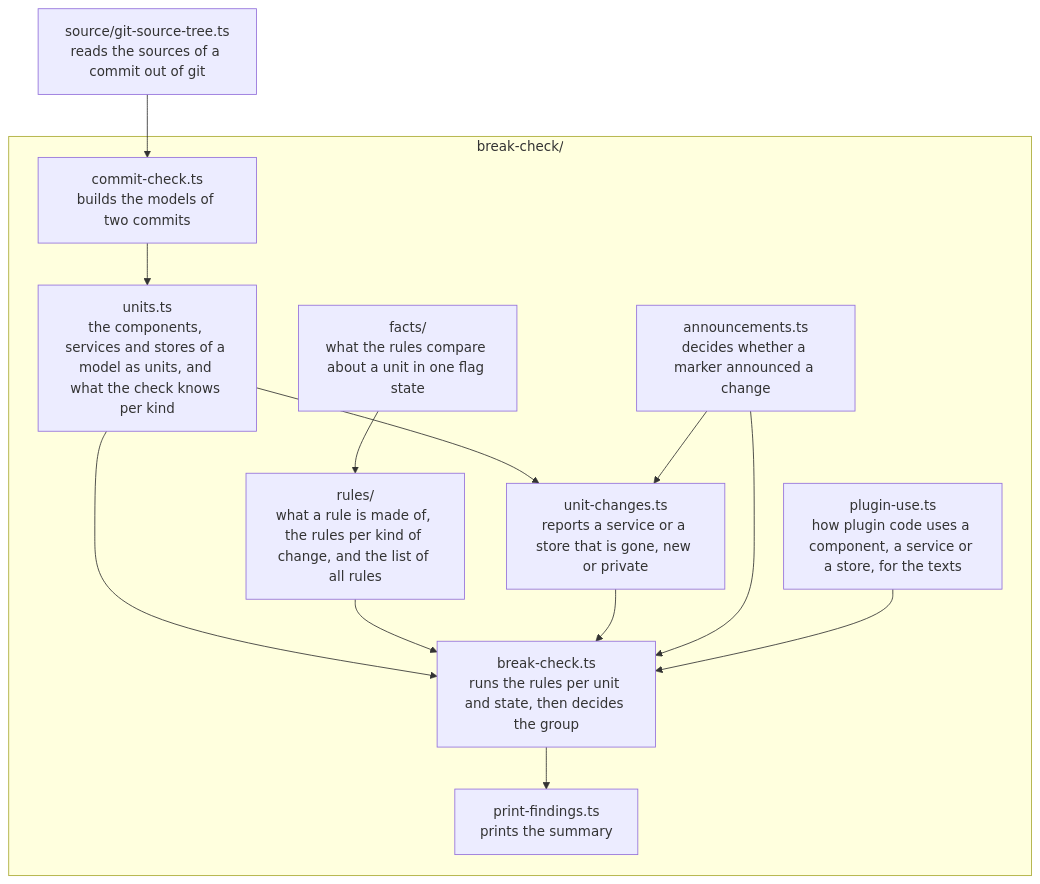
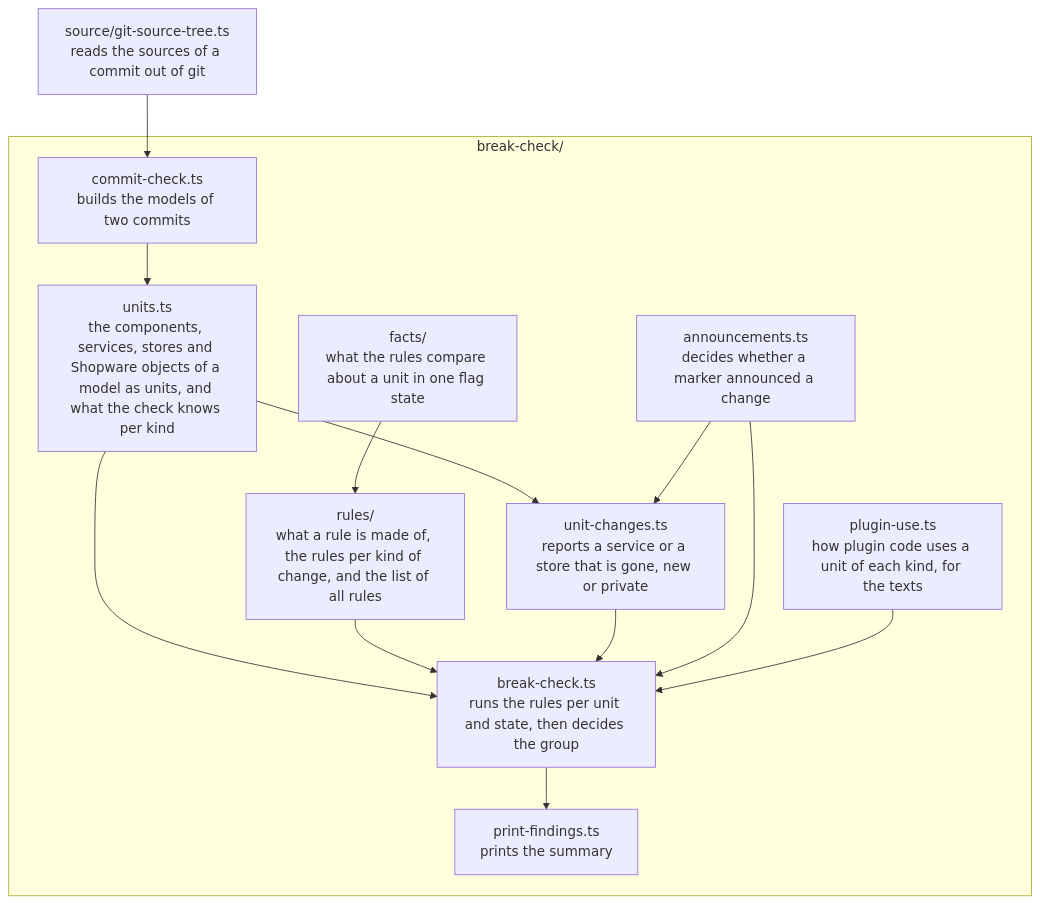
One commit to shopware/shopware changed the second of 2 diagrams in src/Administration/Resources/app/administration/scripts/generate-public-api/README.md. Above: the diagram before and after it, drawn with Mermaid. The commit also changed other lines of this file and 85 other files, not shown here.

````diff
--- a/src/Administration/Resources/app/administration/scripts/generate-public-api/README.md
+++ b/src/Administration/Resources/app/administration/scripts/generate-public-api/README.md
@@ -115,22 +121,22 @@
 ```mermaid
 flowchart TD
     git["source/git-source-tree.ts<br/>reads the sources of a commit out of git"]
     subgraph check["break-check/"]
         commits["commit-check.ts<br/>builds the models of two commits"]
-        units["units.ts<br/>the components, services and stores of a model as units, and what the check knows per kind"]
+        units["units.ts<br/>the components, services, stores and Shopware objects of a model as units, and what the check knows per kind"]
         facts["facts/<br/>what the rules compare about a unit in one flag state"]
         rules["rules/<br/>what a rule is made of, the rules per kind of change, and the list of all rules"]
         classify["break-check.ts<br/>runs the rules per unit and state, then decides the group"]
         whole["unit-changes.ts<br/>reports a service or a store that is gone, new or private"]
         announced["announcements.ts<br/>decides whether a marker announced a change"]
-        use["plugin-use.ts<br/>how plugin code uses a component, a service or a store, for the texts"]
+        use["plugin-use.ts<br/>how plugin code uses a unit of each kind, for the texts"]
         print["print-findings.ts<br/>prints the summary"]
     end
 
     git --> commits --> units --> classify
     facts --> rules --> classify --> print
     units --> whole --> classify
     announced --> classify
     announced --> whole
     use --> classify
 ```
````
